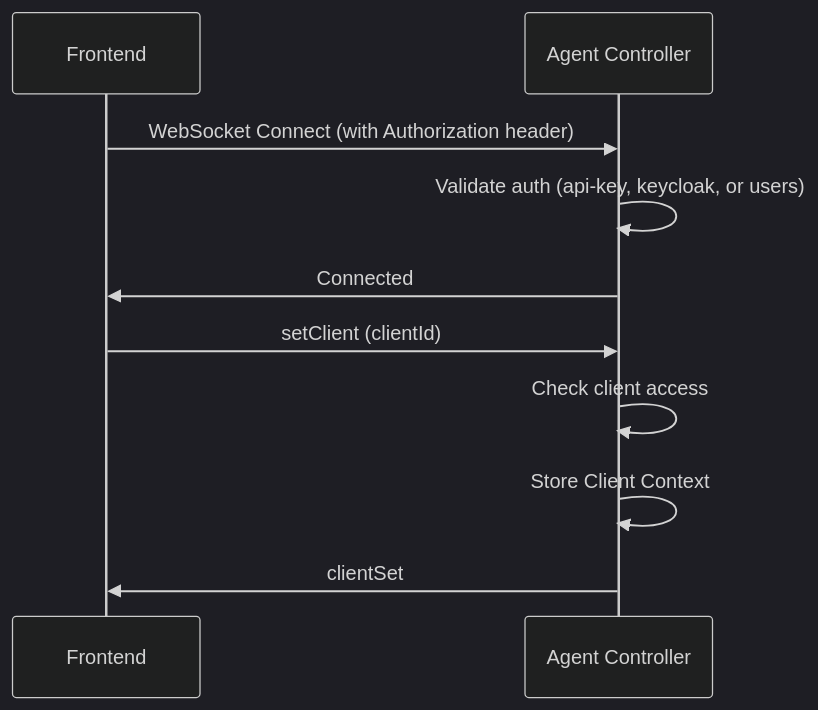
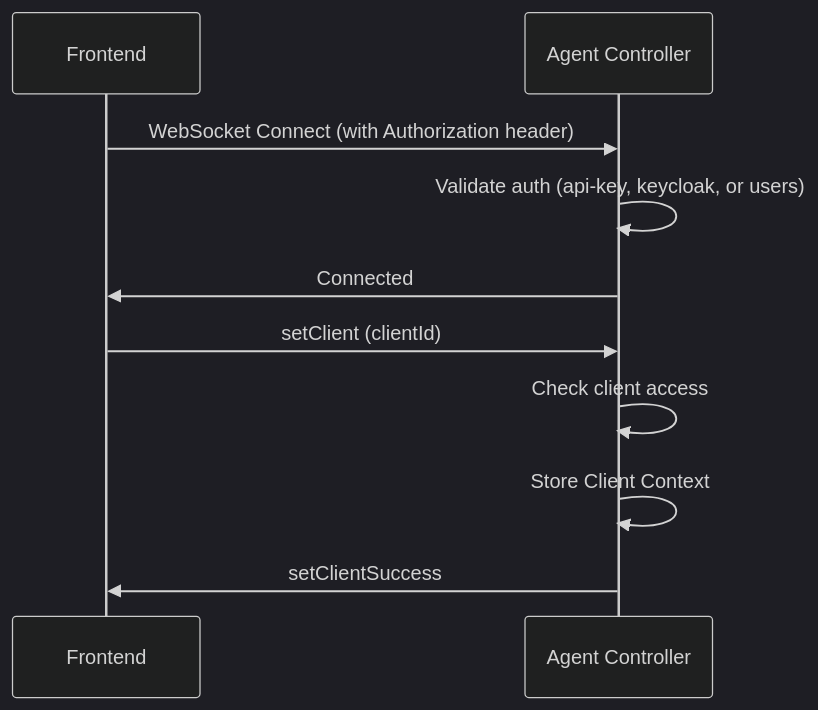
One commit to forepath/agenstra changed the first of 4 diagrams in docs/agenstra/features/websocket-communication.md. Above: the diagram before and after it, drawn with Mermaid (dark theme). The commit also changed other lines of this file and 16 other files, not shown here.

````diff
--- a/docs/agenstra/features/websocket-communication.md
+++ b/docs/agenstra/features/websocket-communication.md
@@ -33,13 +36,13 @@
 ```mermaid
 sequenceDiagram
     participant F as Frontend
     participant AC as Agent Controller
 
     F->>AC: WebSocket Connect (with Authorization header)
     AC->>AC: Validate auth (api-key, keycloak, or users)
     AC->>F: Connected
     F->>AC: setClient (clientId)
     AC->>AC: Check client access
     AC->>AC: Store Client Context
-    AC->>F: clientSet
+    AC->>F: setClientSuccess
 ```
````
